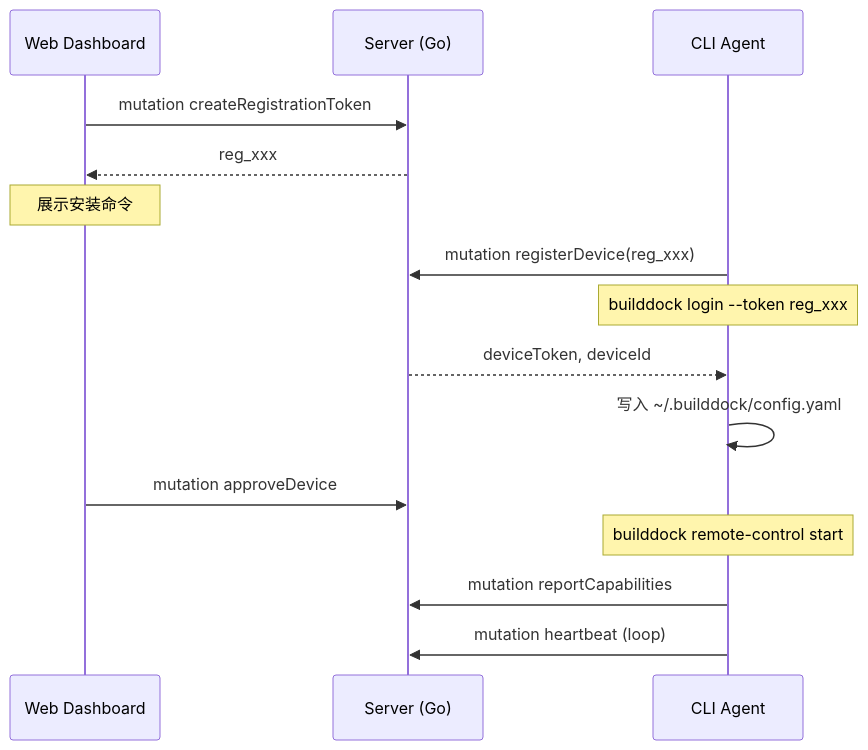
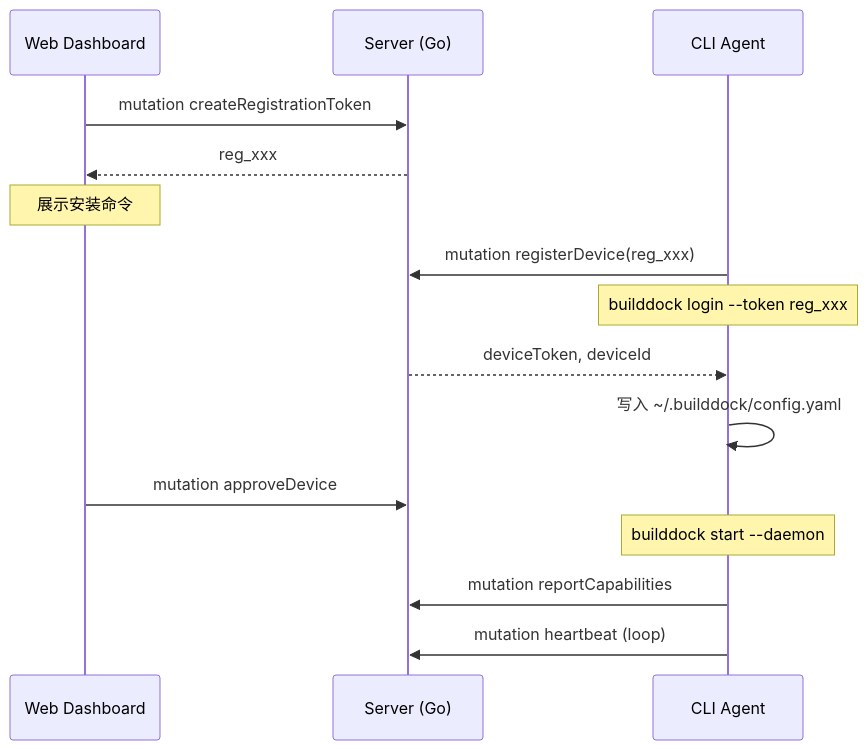
The first of 2 diagrams in docs/architecture/integration.md (zhangfenglin/BuildDock), drawn with Mermaid before and after one commit. The commit also changed other lines of this file and 8 other files, not shown here.

First line of the commit message:
docs: 去掉 remote-control 父命令，start/stop 提升为顶层

````diff
--- a/docs/architecture/integration.md
+++ b/docs/architecture/integration.md
@@ -15,18 +15,18 @@
 ```mermaid
 sequenceDiagram
     participant Web as Web Dashboard
     participant S as Server (Go)
     participant A as CLI Agent
 
     Web->>S: mutation createRegistrationToken
     S-->>Web: reg_xxx
     Note over Web: 展示安装命令
     A->>S: mutation registerDevice(reg_xxx)
     Note over A: builddock login --token reg_xxx
     S-->>A: deviceToken, deviceId
     A->>A: 写入 ~/.builddock/config.yaml
     Web->>S: mutation approveDevice
-    Note over A: builddock remote-control start
+    Note over A: builddock start --daemon
     A->>S: mutation reportCapabilities
     A->>S: mutation heartbeat (loop)
 ```
````
